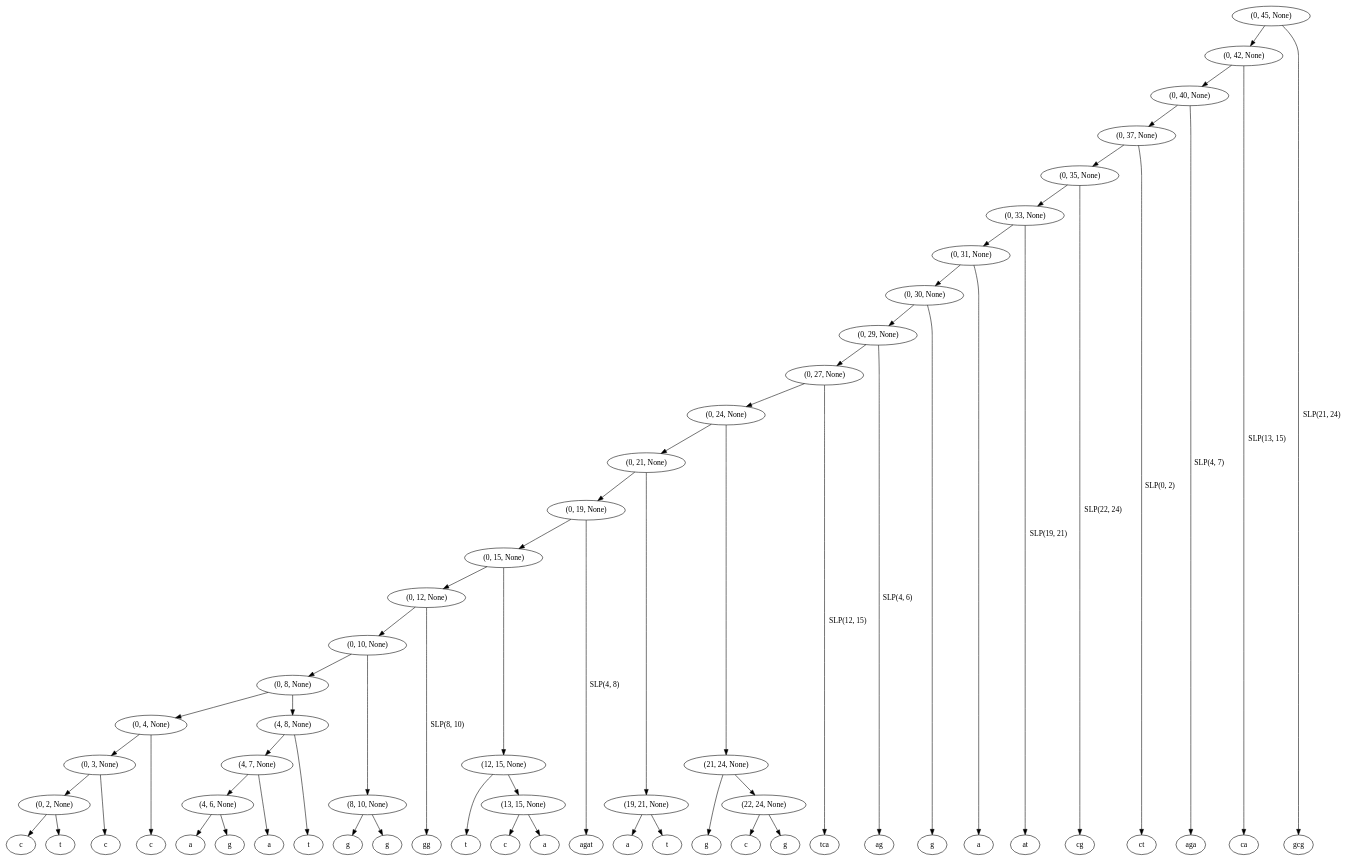
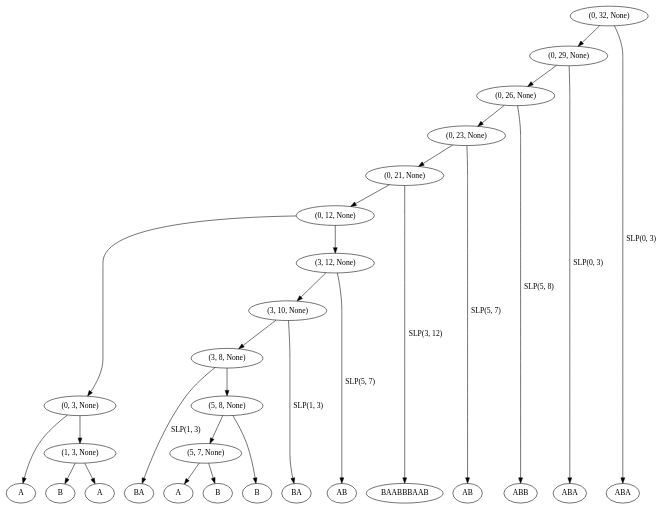
One commit to it9lab/satcomp changed the diagram in dot/slp_json.dot. Above: the diagram before and after it, drawn with Graphviz. The commit also changed 8700 other files, not shown here.

```diff
--- a/dot/slp_json.dot
+++ b/dot/slp_json.dot
@@ -1,92 +1,44 @@
 digraph G {
-  "(0, 1, 99)" [label="c"];
-  "(0, 2, None)" -> "(0, 1, 99)";
-  "(0, 2, None)" -> "(1, 2, 116)";
-  "(0, 45, None)" -> "(0, 42, None)";
-  "(0, 45, None)" -> "(42, 45, 21)" [label="SLP(21, 24)"];
-  "(0, 3, None)" -> "(0, 2, None)";
-  "(0, 3, None)" -> "(2, 3, 99)";
-  "(0, 4, None)" -> "(0, 3, None)";
-  "(0, 4, None)" -> "(3, 4, 99)";
-  "(0, 8, None)" -> "(0, 4, None)";
-  "(0, 8, None)" -> "(4, 8, None)";
-  "(0, 10, None)" -> "(0, 8, None)";
-  "(0, 10, None)" -> "(8, 10, None)";
-  "(0, 12, None)" -> "(0, 10, None)";
-  "(0, 12, None)" -> "(10, 12, 8)" [label="SLP(8, 10)"];
-  "(0, 15, None)" -> "(0, 12, None)";
-  "(0, 15, None)" -> "(12, 15, None)";
-  "(0, 19, None)" -> "(0, 15, None)";
-  "(0, 19, None)" -> "(15, 19, 4)" [label="SLP(4, 8)"];
-  "(0, 21, None)" -> "(0, 19, None)";
-  "(0, 21, None)" -> "(19, 21, None)";
-  "(0, 24, None)" -> "(0, 21, None)";
-  "(0, 24, None)" -> "(21, 24, None)";
-  "(0, 27, None)" -> "(0, 24, None)";
-  "(0, 27, None)" -> "(24, 27, 12)" [label="SLP(12, 15)"];
-  "(0, 29, None)" -> "(0, 27, None)";
-  "(0, 29, None)" -> "(27, 29, 4)" [label="SLP(4, 6)"];
-  "(0, 30, None)" -> "(0, 29, None)";
-  "(0, 30, None)" -> "(29, 30, 103)";
-  "(0, 31, None)" -> "(0, 30, None)";
-  "(0, 31, None)" -> "(30, 31, 97)";
-  "(0, 33, None)" -> "(0, 31, None)";
-  "(0, 33, None)" -> "(31, 33, 19)" [label="SLP(19, 21)"];
-  "(0, 35, None)" -> "(0, 33, None)";
-  "(0, 35, None)" -> "(33, 35, 22)" [label="SLP(22, 24)"];
-  "(0, 37, None)" -> "(0, 35, None)";
-  "(0, 37, None)" -> "(35, 37, 0)" [label="SLP(0, 2)"];
-  "(0, 40, None)" -> "(0, 37, None)";
-  "(0, 40, None)" -> "(37, 40, 4)" [label="SLP(4, 7)"];
-  "(0, 42, None)" -> "(0, 40, None)";
-  "(0, 42, None)" -> "(40, 42, 13)" [label="SLP(13, 15)"];
-  "(1, 2, 116)" [label="t"];
-  "(2, 3, 99)" [label="c"];
-  "(3, 4, 99)" [label="c"];
-  "(4, 5, 97)" [label="a"];
-  "(4, 6, None)" -> "(4, 5, 97)";
-  "(4, 6, None)" -> "(5, 6, 103)";
-  "(4, 7, None)" -> "(4, 6, None)";
-  "(4, 7, None)" -> "(6, 7, 97)";
-  "(4, 8, None)" -> "(4, 7, None)";
-  "(4, 8, None)" -> "(7, 8, 116)";
-  "(5, 6, 103)" [label="g"];
-  "(6, 7, 97)" [label="a"];
-  "(7, 8, 116)" [label="t"];
-  "(8, 9, 103)" [label="g"];
-  "(8, 10, None)" -> "(8, 9, 103)";
-  "(8, 10, None)" -> "(9, 10, 103)";
-  "(9, 10, 103)" [label="g"];
-  "(10, 12, 8)" [label="gg"];
-  "(12, 13, 116)" [label="t"];
-  "(12, 15, None)" -> "(12, 13, 116)";
-  "(12, 15, None)" -> "(13, 15, None)";
-  "(13, 14, 99)" [label="c"];
-  "(13, 15, None)" -> "(13, 14, 99)";
-  "(13, 15, None)" -> "(14, 15, 97)";
-  "(14, 15, 97)" [label="a"];
-  "(15, 19, 4)" [label="agat"];
-  "(19, 20, 97)" [label="a"];
-  "(19, 21, None)" -> "(19, 20, 97)";
-  "(19, 21, None)" -> "(20, 21, 116)";
-  "(20, 21, 116)" [label="t"];
-  "(21, 22, 103)" [label="g"];
-  "(21, 24, None)" -> "(21, 22, 103)";
-  "(21, 24, None)" -> "(22, 24, None)";
-  "(22, 23, 99)" [label="c"];
-  "(22, 24, None)" -> "(22, 23, 99)";
-  "(22, 24, None)" -> "(23, 24, 103)";
-  "(23, 24, 103)" [label="g"];
-  "(24, 27, 12)" [label="tca"];
-  "(27, 29, 4)" [label="ag"];
-  "(29, 30, 103)" [label="g"];
-  "(30, 31, 97)" [label="a"];
-  "(31, 33, 19)" [label="at"];
-  "(33, 35, 22)" [label="cg"];
-  "(35, 37, 0)" [label="ct"];
-  "(37, 40, 4)" [label="aga"];
-  "(40, 42, 13)" [label="ca"];
-  "(42, 45, 21)" [label="gcg"];
-  {rank=same; "(0, 1, 99)" "(1, 2, 116)" "(2, 3, 99)" "(3, 4, 99)" "(4, 5, 97)" "(5, 6, 103)" "(6, 7, 97)" "(7, 8, 116)" "(8, 9, 103)" "(9, 10, 103)" "(10, 12, 8)" "(12, 13, 116)" "(13, 14, 99)" "(14, 15, 97)" "(15, 19, 4)" "(19, 20, 97)" "(20, 21, 116)" "(21, 22, 103)" "(22, 23, 99)" "(23, 24, 103)" "(24, 27, 12)" "(27, 29, 4)" "(29, 30, 103)" "(30, 31, 97)" "(31, 33, 19)" "(33, 35, 22)" "(35, 37, 0)" "(37, 40, 4)" "(40, 42, 13)" "(42, 45, 21)" }
+  "(0, 1, 65)" [label="A"];
+  "(0, 3, None)" -> "(0, 1, 65)";
+  "(0, 3, None)" -> "(1, 3, None)";
+  "(0, 32, None)" -> "(0, 29, None)";
+  "(0, 32, None)" -> "(29, 32, 0)" [label="SLP(0, 3)"];
+  "(0, 12, None)" -> "(0, 3, None)";
+  "(0, 12, None)" -> "(3, 12, None)";
+  "(0, 21, None)" -> "(0, 12, None)";
+  "(0, 21, None)" -> "(12, 21, 3)" [label="SLP(3, 12)"];
+  "(0, 23, None)" -> "(0, 21, None)";
+  "(0, 23, None)" -> "(21, 23, 5)" [label="SLP(5, 7)"];
+  "(0, 26, None)" -> "(0, 23, None)";
+  "(0, 26, None)" -> "(23, 26, 5)" [label="SLP(5, 8)"];
+  "(0, 29, None)" -> "(0, 26, None)";
+  "(0, 29, None)" -> "(26, 29, 0)" [label="SLP(0, 3)"];
+  "(1, 2, 66)" [label="B"];
+  "(1, 3, None)" -> "(1, 2, 66)";
+  "(1, 3, None)" -> "(2, 3, 65)";
+  "(2, 3, 65)" [label="A"];
+  "(3, 5, 1)" [label="BA"];
+  "(3, 12, None)" -> "(3, 10, None)";
+  "(3, 12, None)" -> "(10, 12, 5)" [label="SLP(5, 7)"];
+  "(3, 8, None)" -> "(3, 5, 1)" [label="SLP(1, 3)"];
+  "(3, 8, None)" -> "(5, 8, None)";
+  "(3, 10, None)" -> "(3, 8, None)";
+  "(3, 10, None)" -> "(8, 10, 1)" [label="SLP(1, 3)"];
+  "(5, 6, 65)" [label="A"];
+  "(5, 7, None)" -> "(5, 6, 65)";
+  "(5, 7, None)" -> "(6, 7, 66)";
+  "(5, 8, None)" -> "(5, 7, None)";
+  "(5, 8, None)" -> "(7, 8, 66)";
+  "(6, 7, 66)" [label="B"];
+  "(7, 8, 66)" [label="B"];
+  "(8, 10, 1)" [label="BA"];
+  "(10, 12, 5)" [label="AB"];
+  "(12, 21, 3)" [label="BAABBBAAB"];
+  "(21, 23, 5)" [label="AB"];
+  "(23, 26, 5)" [label="ABB"];
+  "(26, 29, 0)" [label="ABA"];
+  "(29, 32, 0)" [label="ABA"];
+  {rank=same; "(0, 1, 65)" "(1, 2, 66)" "(2, 3, 65)" "(3, 5, 1)" "(5, 6, 65)" "(6, 7, 66)" "(7, 8, 66)" "(8, 10, 1)" "(10, 12, 5)" "(12, 21, 3)" "(21, 23, 5)" "(23, 26, 5)" "(26, 29, 0)" "(29, 32, 0)" }
   ordering=out;
 }
```
